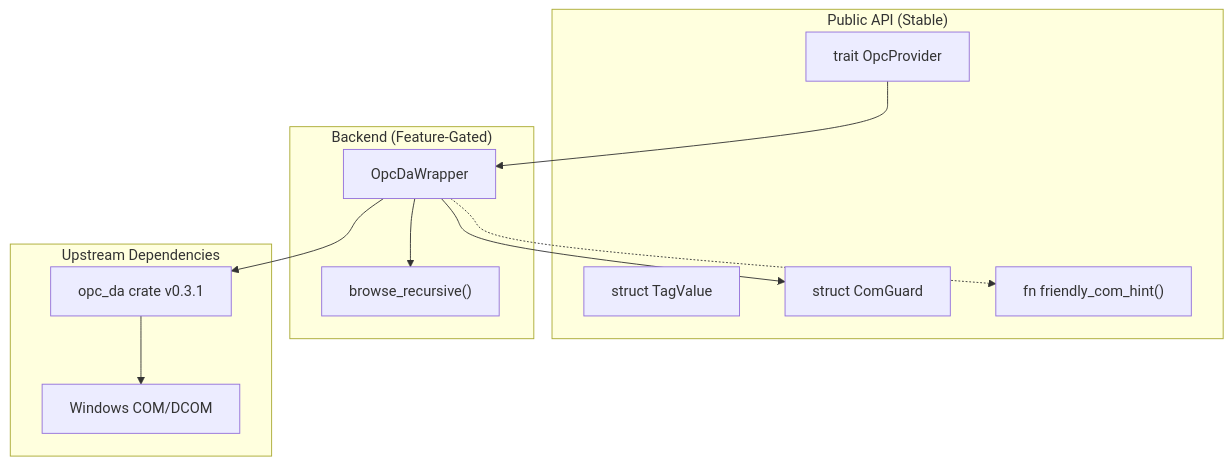
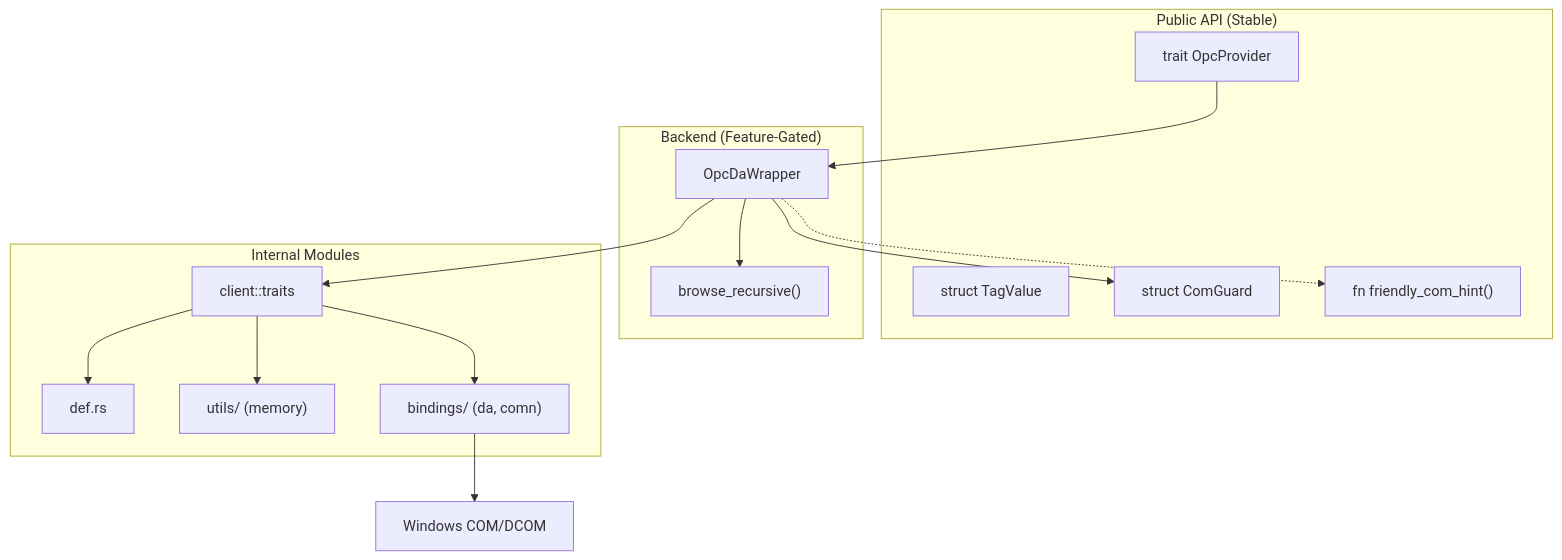
One commit to wends155/opc-cli changed the diagram in opc-da-client/architecture.md. Above: the diagram before and after it, drawn with Mermaid. The commit also changed other lines of this file and 67 other files, not shown here.

First line of the commit message:
refactor: merge COM bindings into opc-da-client (Phase 3)

````diff
--- a/opc-da-client/architecture.md
+++ b/opc-da-client/architecture.md
@@ -159,26 +161,30 @@
 ```mermaid
 graph TD
     subgraph "Public API (Stable)"
         Trait["trait OpcProvider"]
         TagValue["struct TagValue"]
         Guard["struct ComGuard"]
         Hint["fn friendly_com_hint()"]
     end
 
     subgraph "Backend (Feature-Gated)"
         Wrapper["OpcDaWrapper"]
         Browse["browse_recursive()"]
     end
 
-    subgraph "Upstream Dependencies"
-        OpcDa["opc_da crate v0.3.1"]
-        WinCOM["Windows COM/DCOM"]
+    subgraph "Internal Modules"
+        ClientTraits["client::traits"]
+        Defs["def.rs"]
+        Utils["utils/ (memory)"]
+        Bindings["bindings/ (da, comn)"]
     end
 
     Trait --> Wrapper
     Wrapper --> Browse
     Wrapper --> Guard
-    Wrapper --> OpcDa
-    OpcDa --> WinCOM
+    Wrapper --> ClientTraits
+    ClientTraits --> Defs & Utils
+    ClientTraits --> Bindings
+    Bindings --> WinCOM["Windows COM/DCOM"]
     Wrapper -.-> Hint
 ```
````
